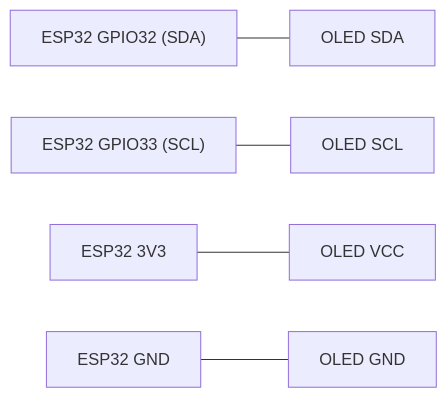
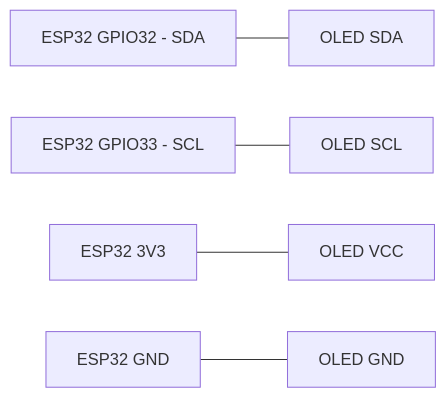
Before and after one commit to bertaldearias/BCA188-Laboratory-8: the second of 3 diagrams in README.md, drawn with Mermaid. The commit also changed other lines of this file, not shown here.

````diff
--- a/README.md
+++ b/README.md
@@ -117,7 +101,7 @@
 ```mermaid
 flowchart LR
-    A["ESP32 GPIO32 (SDA)"] --- B["OLED SDA"]
-    C["ESP32 GPIO33 (SCL)"] --- D["OLED SCL"]
-    E["ESP32 3V3"] --- F["OLED VCC"]
-    G["ESP32 GND"] --- H["OLED GND"]
+    SDA["ESP32 GPIO32 - SDA"] --- OSDA["OLED SDA"]
+    SCL["ESP32 GPIO33 - SCL"] --- OSCL["OLED SCL"]
+    PWR["ESP32 3V3"] --- VCC["OLED VCC"]
+    GND["ESP32 GND"] --- OGND["OLED GND"]
 ```
````
